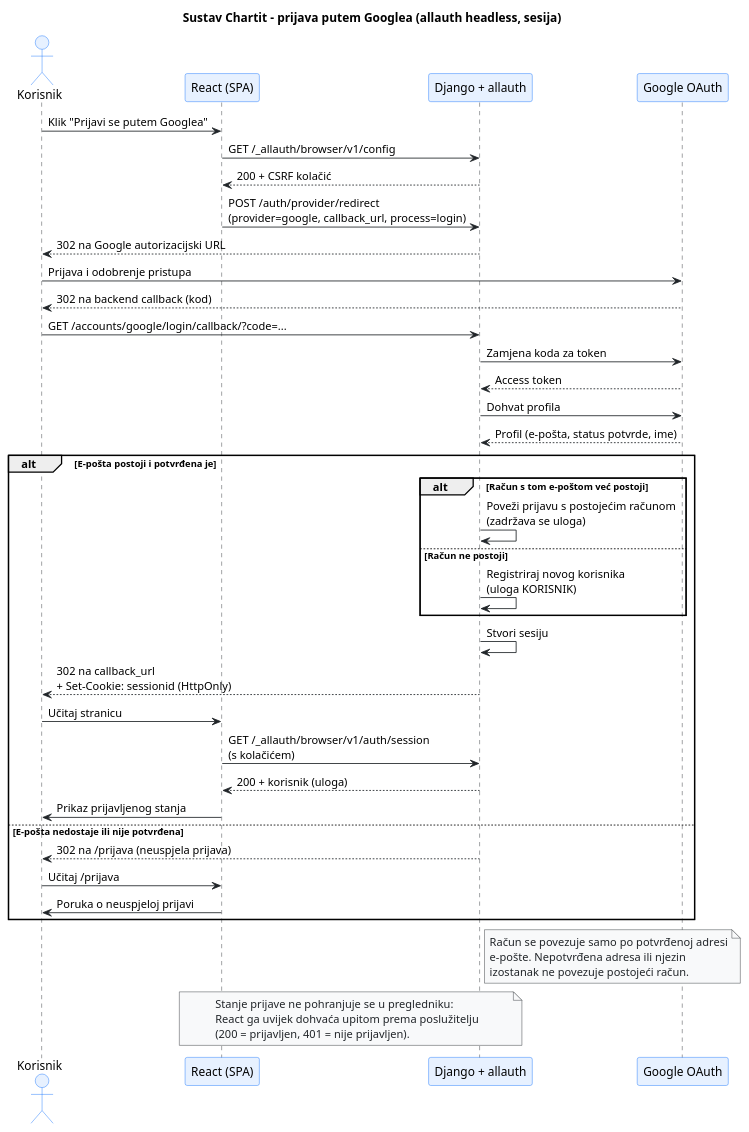
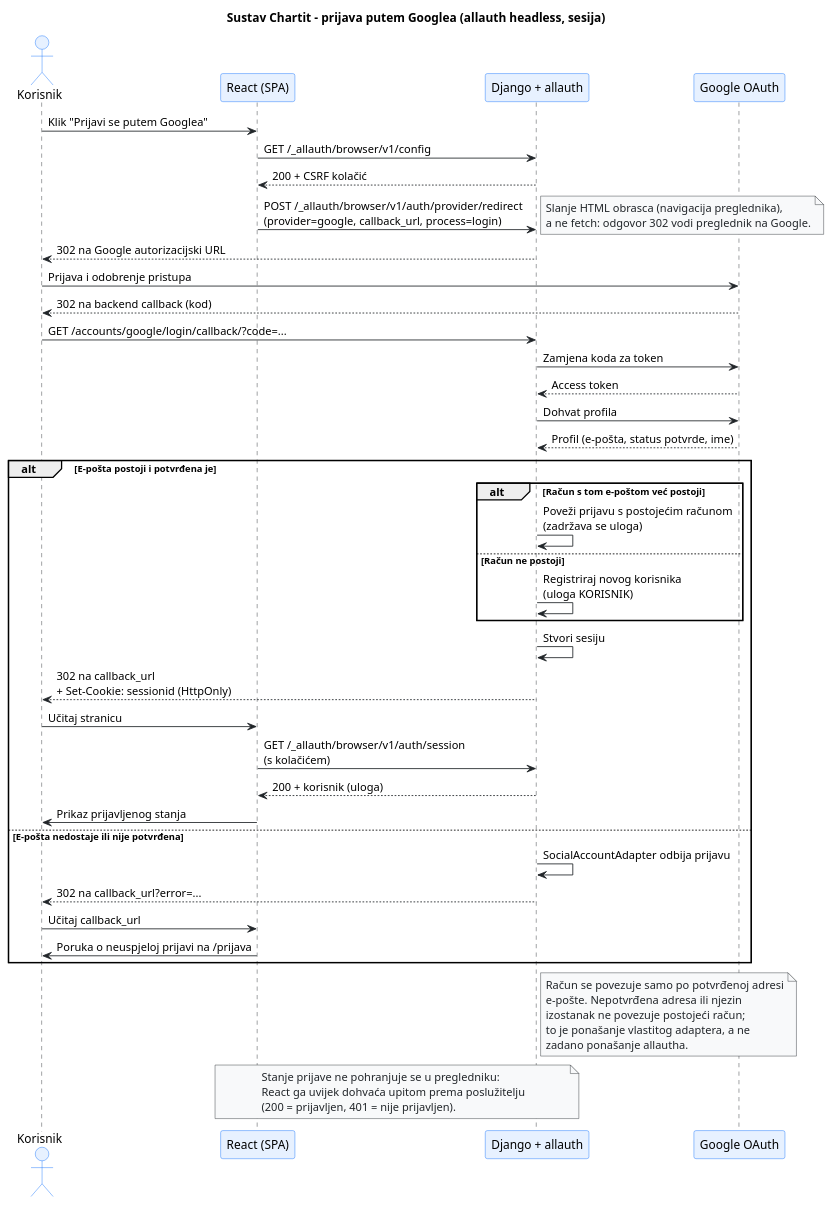
Before and after one commit to tmpteamname1/ChartIt: the diagram in docs/puml/4-6-chartit-oauth-SD.puml, drawn with PlantUML. The commit also changed other lines of this file and 2 other files, not shown here.

```diff
--- a/docs/puml/4-6-chartit-oauth-SD.puml
+++ b/docs/puml/4-6-chartit-oauth-SD.puml
@@ -20,84 +21,91 @@
 @startuml
-title Sustav Chartit – prijava putem Googlea (allauth headless, sesija)
+title Sustav Chartit - prijava putem Googlea (allauth headless, sesija)
 
 skinparam shadowing false
 skinparam defaultFontName Arial
 skinparam ArrowColor #212529
 
 skinparam sequence {
     ParticipantBackgroundColor #E7F1FF
     ParticipantBorderColor #0D6EFD
     ActorBackgroundColor #E7F1FF
     ActorBorderColor #0D6EFD
     LifeLineBorderColor #212529
 }
 
 skinparam note {
     BackgroundColor #F8F9FA
     BorderColor #212529
     FontColor #212529
 }
 
 actor Korisnik
 participant "React (SPA)" as FE
 participant "Django + allauth" as BE
 participant "Google OAuth" as G
 
 ' ==============================================================================
 ' Pokretanje prijave
 ' ==============================================================================
 Korisnik -> FE : Klik "Prijavi se putem Googlea"
 FE -> BE : GET /_allauth/browser/v1/config
 BE --> FE : 200 + CSRF kolačić
-FE -> BE : POST /auth/provider/redirect\n(provider=google, callback_url, process=login)
+FE -> BE : POST /_allauth/browser/v1/auth/provider/redirect\n(provider=google, callback_url, process=login)
+note right
+  Slanje HTML obrasca (navigacija preglednika),
+  a ne fetch: odgovor 302 vodi preglednik na Google.
+end note
 BE --> Korisnik : 302 na Google autorizacijski URL
 
 ' ==============================================================================
 ' OAuth tok s pružateljem
 ' ==============================================================================
 Korisnik -> G : Prijava i odobrenje pristupa
 G --> Korisnik : 302 na backend callback (kod)
 Korisnik -> BE : GET /accounts/google/login/callback/?code=...
 BE -> G : Zamjena koda za token
 G --> BE : Access token
 BE -> G : Dohvat profila
 G --> BE : Profil (e-pošta, status potvrde, ime)
 
 ' ==============================================================================
 ' Povezivanje računa po potvrđenoj e-pošti (F-18, AS-08)
 ' ==============================================================================
 alt E-pošta postoji i potvrđena je
   alt Račun s tom e-poštom već postoji
     BE -> BE : Poveži prijavu s postojećim računom\n(zadržava se uloga)
   else Račun ne postoji
     BE -> BE : Registriraj novog korisnika\n(uloga KORISNIK)
   end
   BE -> BE : Stvori sesiju
   BE --> Korisnik : 302 na callback_url\n+ Set-Cookie: sessionid (HttpOnly)
   Korisnik -> FE : Učitaj stranicu
   FE -> BE : GET /_allauth/browser/v1/auth/session\n(s kolačićem)
   BE --> FE : 200 + korisnik (uloga)
   FE -> Korisnik : Prikaz prijavljenog stanja
 else E-pošta nedostaje ili nije potvrđena
-  BE --> Korisnik : 302 na /prijava (neuspjela prijava)
-  Korisnik -> FE : Učitaj /prijava
-  FE -> Korisnik : Poruka o neuspjeloj prijavi
+  BE -> BE : SocialAccountAdapter odbija prijavu
+  BE --> Korisnik : 302 na callback_url?error=...
+  Korisnik -> FE : Učitaj callback_url
+  FE -> Korisnik : Poruka o neuspjeloj prijavi na /prijava
 end
 
 ' ==============================================================================
 ' Ograničenja
 ' ==============================================================================
 
 note right of BE
   Račun se povezuje samo po potvrđenoj adresi
   e-pošte. Nepotvrđena adresa ili njezin
-  izostanak ne povezuje postojeći račun.
+  izostanak ne povezuje postojeći račun;
+  to je ponašanje vlastitog adaptera, a ne
+  zadano ponašanje allautha.
 end note
 
 note over FE, BE
   Stanje prijave ne pohranjuje se u pregledniku:
   React ga uvijek dohvaća upitom prema poslužitelju
   (200 = prijavljen, 401 = nije prijavljen).
 end note
 
 @enduml
```
